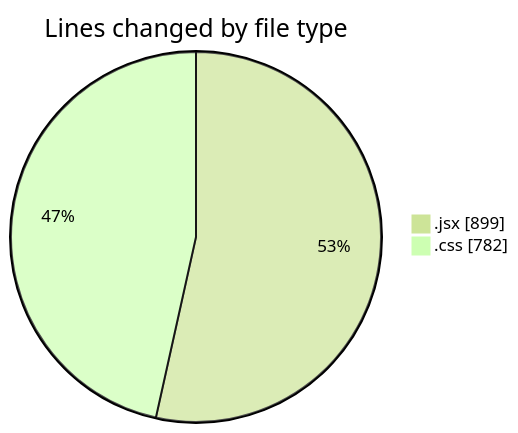
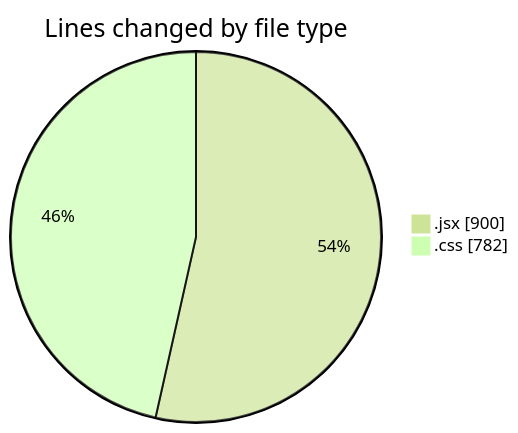
The first of 2 diagrams in 2025-05-08/recipe-app/README.md (BS-eng2023/code-tracking), drawn with Mermaid (forest theme) before and after one commit. The commit also changed other lines of this file and 1 other file, not shown here.

````diff
--- a/2025-05-08/recipe-app/README.md
+++ b/2025-05-08/recipe-app/README.md
@@ -26,6 +26,6 @@
 ```mermaid
 pie showData
 title Lines changed by file type
-".jsx" : 899
+".jsx" : 900
 ".css" : 782
 ```
````
